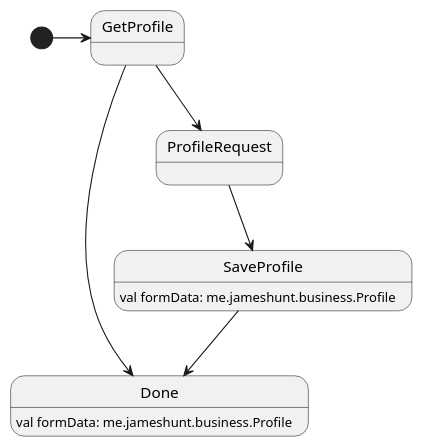
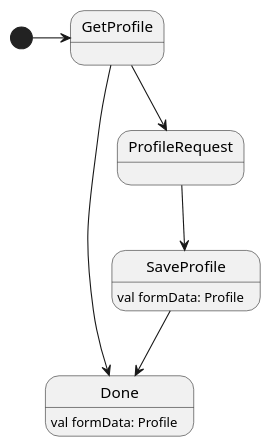
The diagram in business/src/main/java/me/jameshunt/business/Profile.puml (huntj88/FlowSampleApp), drawn with PlantUML before and after one commit. The commit also changed other lines of this file and 10 other files, not shown here.

```diff
--- a/business/src/main/java/me/jameshunt/business/Profile.puml
+++ b/business/src/main/java/me/jameshunt/business/Profile.puml
@@ -1,13 +3,13 @@
 @startuml
 
-SaveProfile : val formData: me.jameshunt.business.Profile
+SaveProfile : val formData: Profile
 
-Done : val formData: me.jameshunt.business.Profile
+Done : val formData: Profile
 
 [*] -> GetProfile
 GetProfile --> ProfileRequest
 ProfileRequest --> SaveProfile
 SaveProfile --> Done
 GetProfile --> Done
 
 @enduml
```
